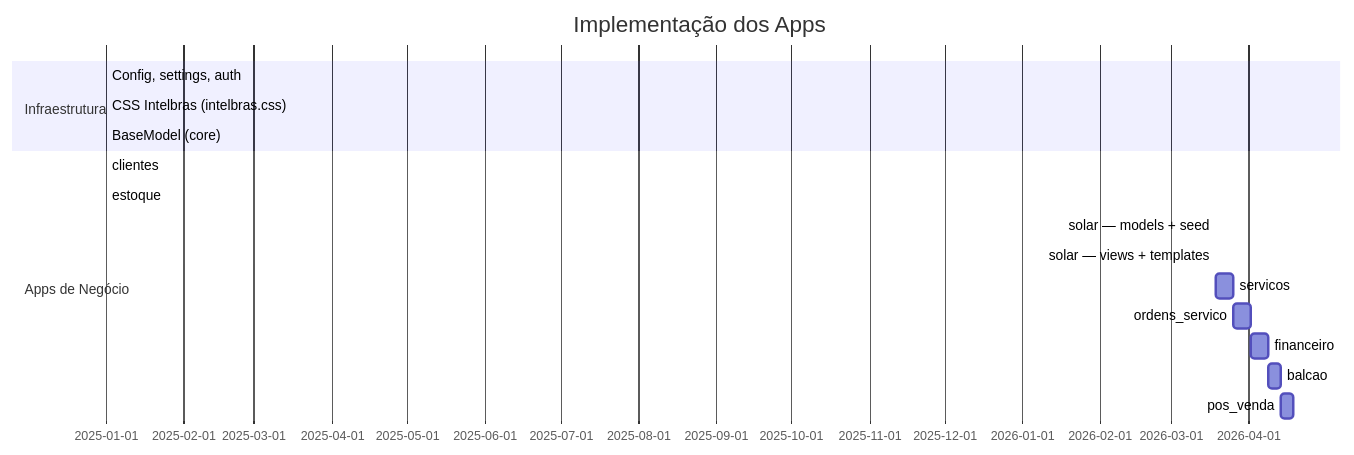
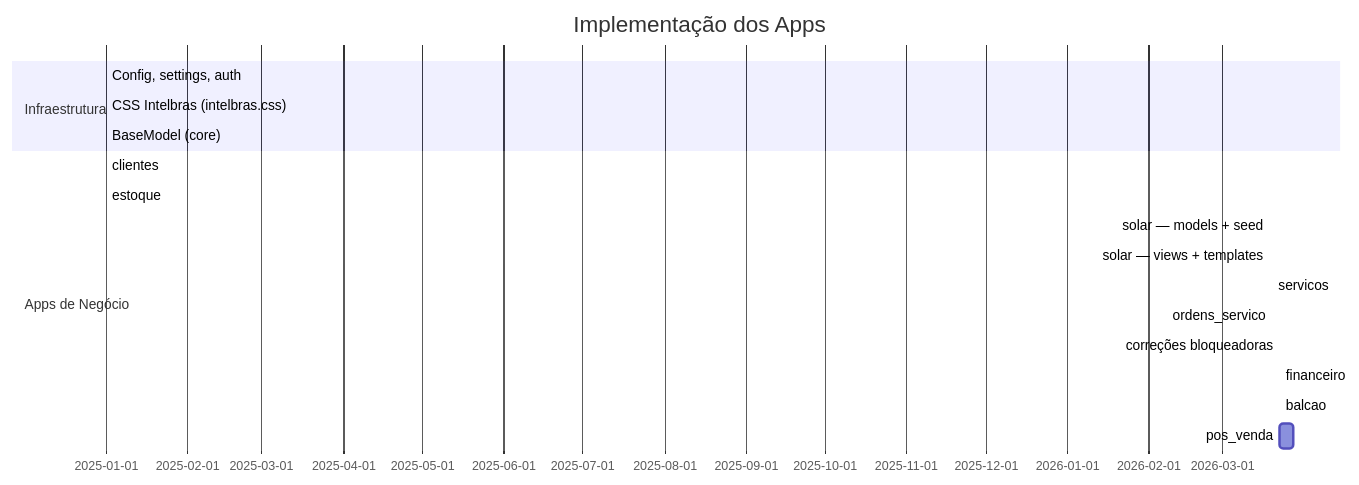
The third of 4 diagrams in .claude/DIARIO.md (danbio/optimus), drawn with Mermaid before and after one commit. The commit also changed other lines of this file and 15 other files, not shown here.

First line of the commit message:
feat(balcao): venda direta com carrinho HTMX, integração com financeiro e estoque

````diff
--- a/.claude/DIARIO.md
+++ b/.claude/DIARIO.md
@@ -71,19 +71,20 @@
 ```mermaid
 gantt
     title Implementação dos Apps
     dateFormat YYYY-MM-DD
     section Infraestrutura
         Config, settings, auth         :done, infra, 2025-01-01, 2025-01-01
         CSS Intelbras (intelbras.css)  :done, css, 2025-01-01, 2025-01-01
         BaseModel (core)               :done, core, 2025-01-01, 2025-01-01
     section Apps de Negócio
         clientes                       :done, cli, 2025-01-01, 2025-01-01
         estoque                        :done, est, 2025-01-01, 2025-01-01
         solar — models + seed          :done, sol, 2026-03-19, 2026-03-19
         solar — views + templates      :done, solv, 2026-03-19, 2026-03-19
-        servicos                       :servicos, after solv, 7d
-        ordens_servico                 :os, after servicos, 7d
-        financeiro                     :fin, after os, 7d
-        balcao                         :bal, after fin, 5d
+        servicos                       :done, srv, 2026-03-20, 2026-03-20
+        ordens_servico                 :done, os, 2026-03-20, 2026-03-20
+        correções bloqueadoras         :done, fix, 2026-03-23, 2026-03-23
+        financeiro                     :done, fin, 2026-03-23, 2026-03-23
+        balcao                         :done, bal, 2026-03-23, 2026-03-23
         pos_venda                      :pv, after bal, 5d
 ```
````
